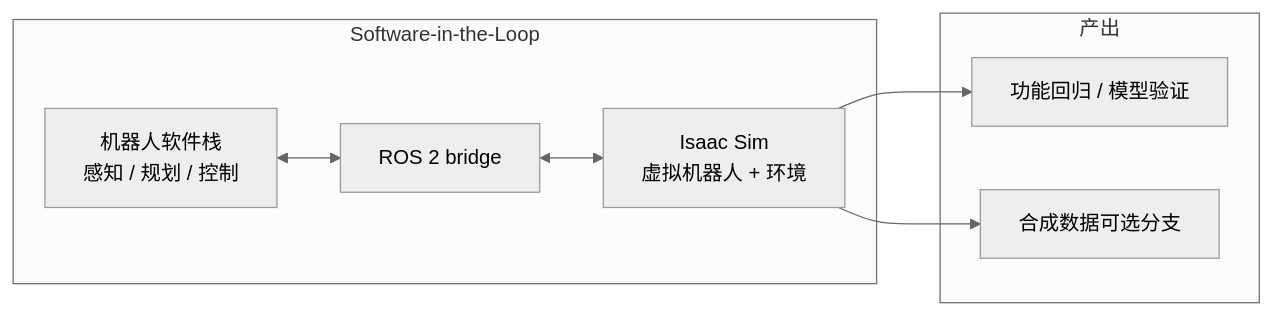
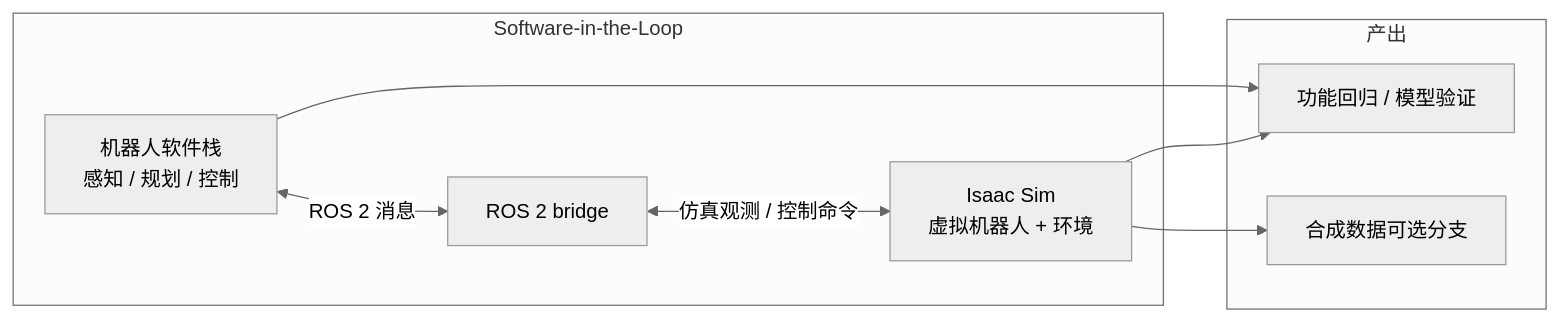
Before and after one commit to ImChong/Robotics_Notebooks: the diagram in wiki/concepts/software-in-the-loop.md, drawn with Mermaid (neutral theme). The commit also changed other lines of this file, not shown here.

````diff
--- a/wiki/concepts/software-in-the-loop.md
+++ b/wiki/concepts/software-in-the-loop.md
@@ -49,15 +51,17 @@
 ```mermaid
 flowchart LR
   subgraph sil [Software-in-the-Loop]
     SW["机器人软件栈\n感知 / 规划 / 控制"]
     SIM["Isaac Sim\n虚拟机器人 + 环境"]
     BR["ROS 2 bridge"]
   end
   subgraph out [产出]
     VAL[功能回归 / 模型验证]
     SDG[合成数据可选分支]
   end
-  SW <--> BR <--> SIM
+  SW <-->|"ROS 2 消息"| BR
+  BR <-->|"仿真观测 / 控制命令"| SIM
+  SW --> VAL
   SIM --> VAL
   SIM --> SDG
 ```
````
